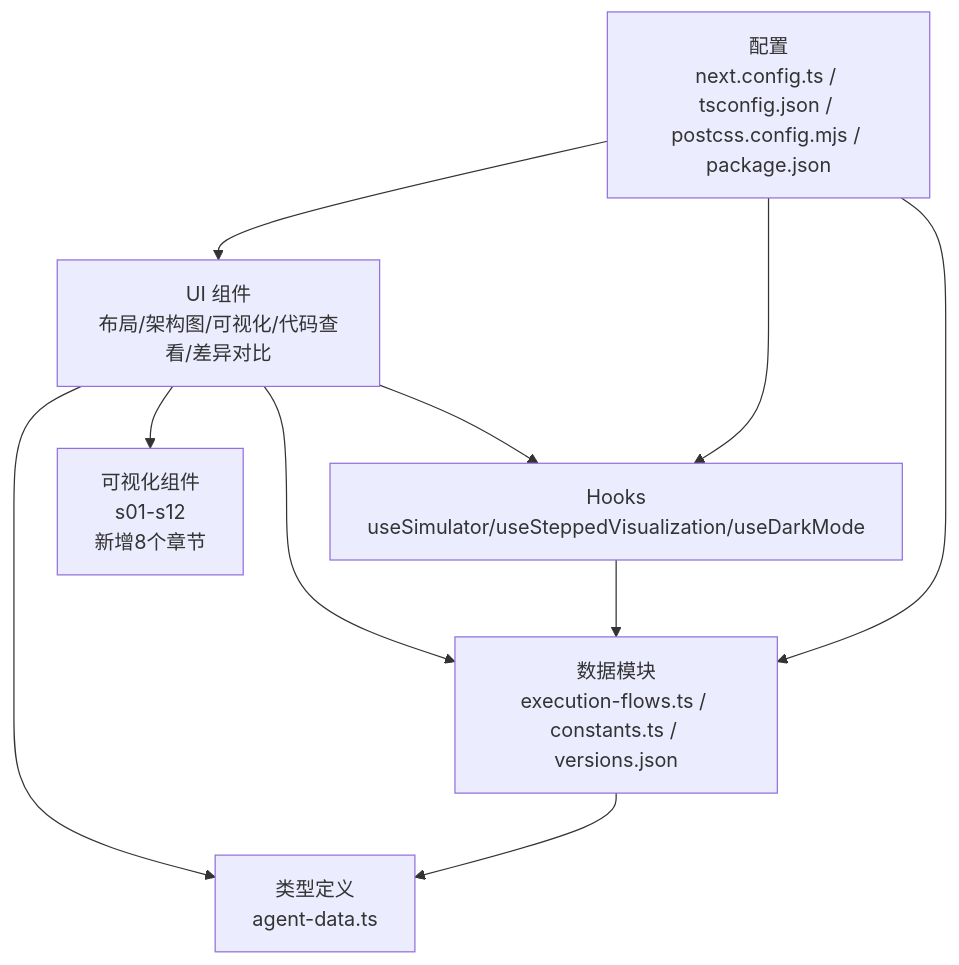
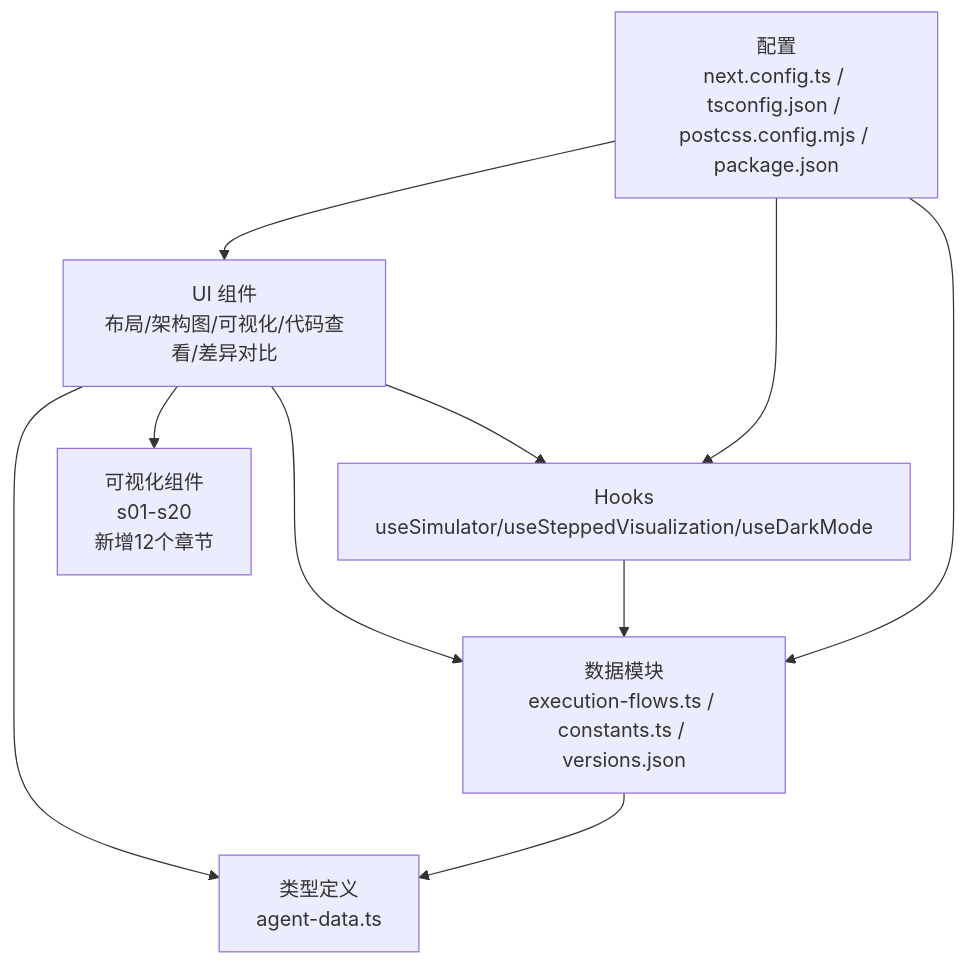
One commit to haolange/learn-claude-code changed the second of 15 diagrams in .qoder/repowiki/zh/content/可视化学习平台/可视化学习平台.md. Above: the diagram before and after it, drawn with Mermaid. The commit also changed other lines of this file and 6 other files, not shown here.

````diff
--- a/.qoder/repowiki/zh/content/可视化学习平台/可视化学习平台.md
+++ b/.qoder/repowiki/zh/content/可视化学习平台/可视化学习平台.md
@@ -177,18 +182,18 @@
 ```mermaid
 graph TB
 UI["UI 组件<br/>布局/架构图/可视化/代码查看/差异对比"]
 Hooks["Hooks<br/>useSimulator/useSteppedVisualization/useDarkMode"]
 Types["类型定义<br/>agent-data.ts"]
 Data["数据模块<br/>execution-flows.ts / constants.ts / versions.json"]
 Config["配置<br/>next.config.ts / tsconfig.json / postcss.config.mjs / package.json"]
-Visualizations["可视化组件<br/>s01-s12<br/>新增8个章节"]
+Visualizations["可视化组件<br/>s01-s20<br/>新增12个章节"]
 UI --> Hooks
 UI --> Types
 UI --> Data
 UI --> Visualizations
 Hooks --> Data
 Data --> Types
 Config --> UI
 Config --> Hooks
 Config --> Data
 ```
````
